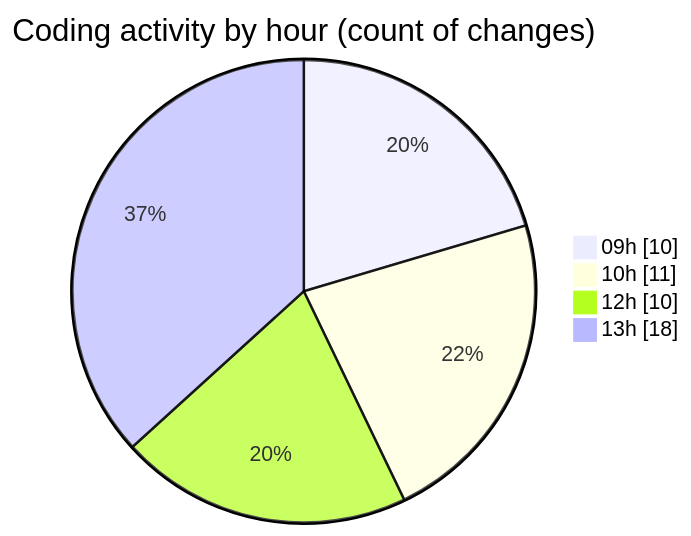
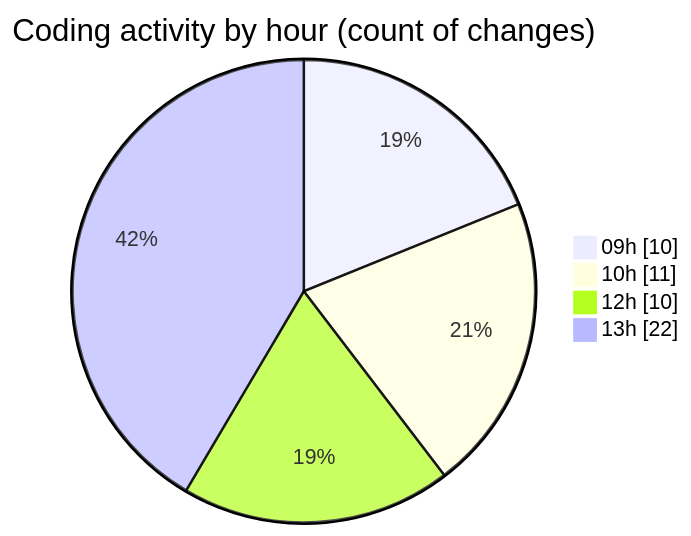
Before and after one commit to momahboobian/code-tracking: the second of 2 diagrams in 2025-09-12/cda/README.md, drawn with Mermaid. The commit also changed other lines of this file and 1 other file, not shown here.

````diff
--- a/2025-09-12/cda/README.md
+++ b/2025-09-12/cda/README.md
@@ -41,8 +41,8 @@
 ```mermaid
 pie showData
 title Coding activity by hour (count of changes)
 "09h" : 10
 "10h" : 11
 "12h" : 10
-"13h" : 18
+"13h" : 22
 ```
````
